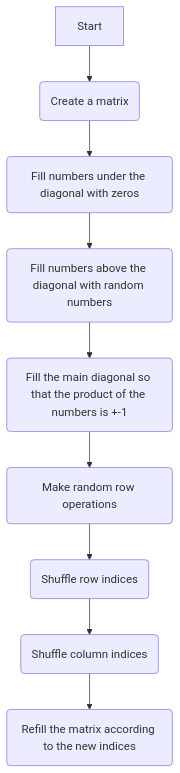
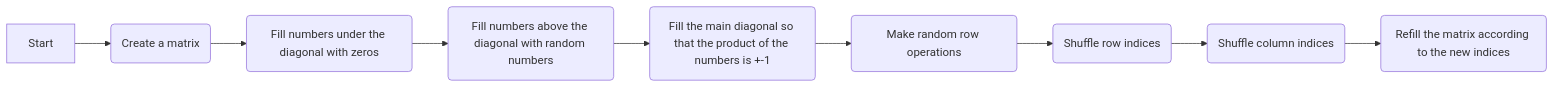
One commit to Nikita-Babich/unimodular changed the diagram in README.md. Above: the diagram before and after it, drawn with Mermaid. The commit also changed other lines of this file, not shown here.

````diff
--- a/README.md
+++ b/README.md
@@ -9,12 +9,12 @@
 ```mermaid
-flowchart TD
+flowchart LR
 
 Start --> id1(Create a matrix)
 id1 --> id2(Fill numbers under the diagonal with zeros)
 id2 --> id3(Fill numbers above the diagonal with random numbers)
 id3 --> id4(Fill the main diagonal so that the product of the numbers is +-1)
 id4 --> id5(Make random row operations)
 id5 --> id6(Shuffle row indices)
 id6 --> id7(Shuffle column indices)
 id7 --> id8(Refill the matrix according to the new indices)
 ```
````
